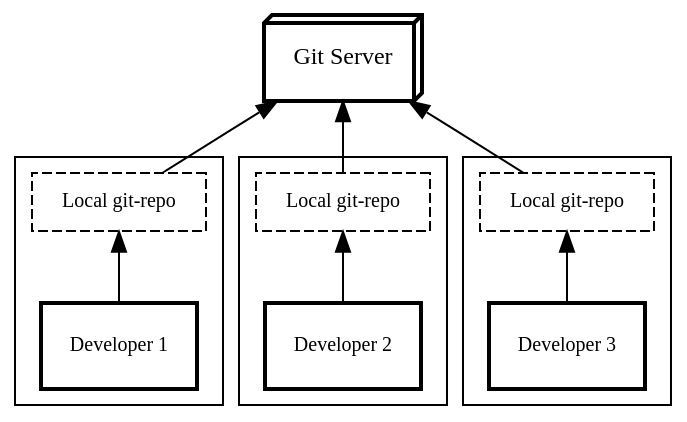
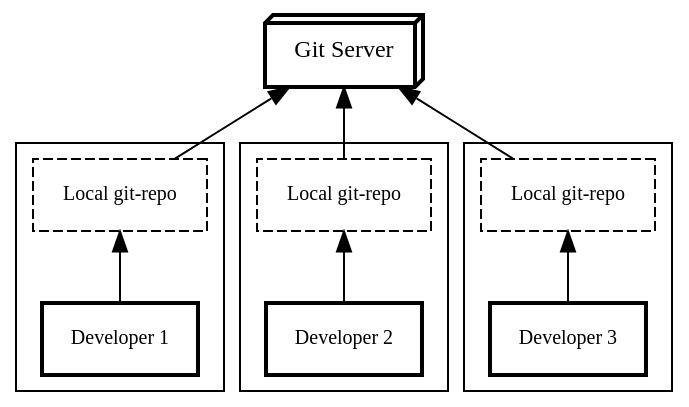
Before and after one commit to Gepardec/git-training: the diagram in slides/intro/src/docs/asciidoc/graphviz/git-system.dot, drawn with Graphviz. The commit also changed 15 other files, not shown here.

```diff
--- a/slides/intro/src/docs/asciidoc/graphviz/git-system.dot
+++ b/slides/intro/src/docs/asciidoc/graphviz/git-system.dot
@@ -1,35 +1,35 @@
 digraph svn_system {
         bgcolor="transparent";
         splines=line;
 
-        node[width=0.6,height=0.6, shape=circle,fontsize=12.0,shape="box3d"];
+        node[shape=circle,fontsize=12.0,shape="box3d"];
         "git"[label="Git Server",style="bold"];
 
-        node[width=0.4,height=0.4, shape=circle,fontsize=10.0,shape="box",style="dashed"];
+        node[ shape=circle,fontsize=10.0,shape="box",style="dashed"];
         "git-dev-1"[label="Local git-repo",group="git-local"];
         "git-dev-2"[label="Local git-repo",group="git-local"];
         "git-dev-3"[label="Local git-repo",group="git-local"];
 
-        node[width=0.6,height=0.6, shape=circle,fontsize=10.0,style="bold",shape="box"];
+        node[shape=circle,fontsize=10.0,style="bold",shape="box"];
         "dev-1"[label="Developer 1"];
         "dev-2"[label="Developer 2"];
         "dev-3"[label="Developer 3"];
 
-        edge[weight=2,arrowhead=open,dir="back"]
+        edge[arrowhead=open,dir="back"]
         "git" -> {"git-dev-1" "git-dev-2" "git-dev-3"}
 
     subgraph cluster_0 {
-        edge[weight=2,arrowhead=open,dir="back"]
+        edge[arrowhead=open,dir="back"]
         "git-dev-1" -> "dev-1"
     }
 
     subgraph cluster_1 {
-        edge[weight=2,arrowhead=open,dir="back"]
+        edge[arrowhead=open,dir="back"]
         "git-dev-2" -> "dev-2"
     }
 
     subgraph cluster_2 {
-        edge[weight=2,arrowhead=open,dir="back"]
+        edge[arrowhead=open,dir="back"]
         "git-dev-3" -> "dev-3"
     }
 }
```
